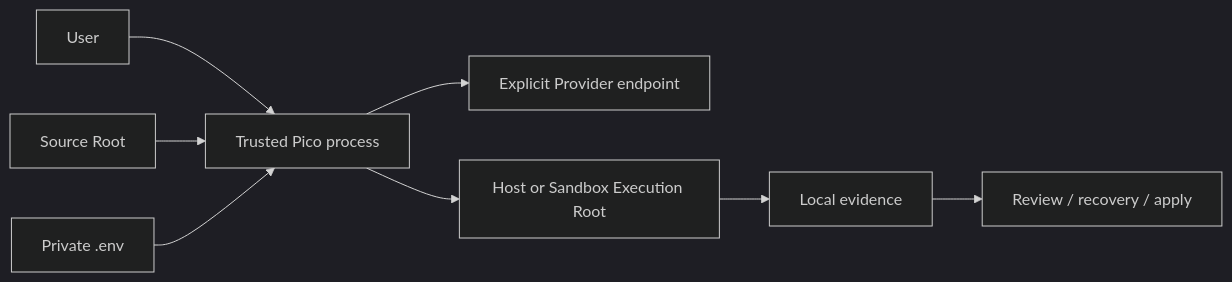
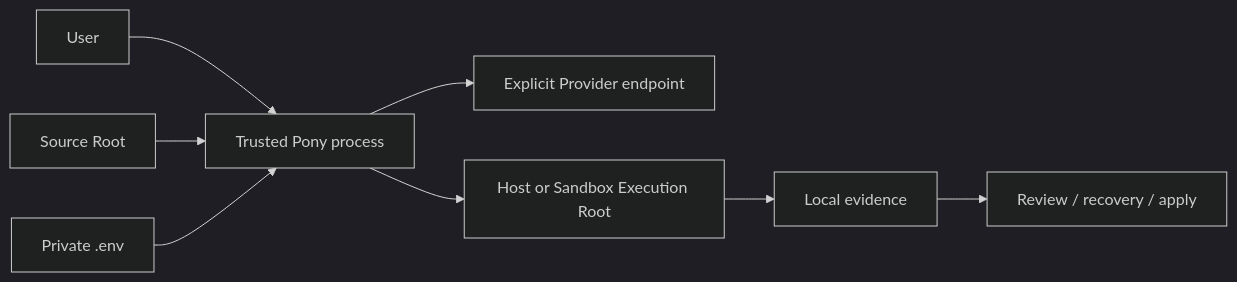
The first of 2 diagrams in docs/security.md (xiawiie/pony-code), drawn with Mermaid (dark theme) before and after one commit. The commit also changed other lines of this file and 381 other files, not shown here.

````diff
--- a/docs/security.md
+++ b/docs/security.md
@@ -8,10 +8,10 @@
 ```mermaid
 flowchart LR
-    USER["User"] --> CLI["Trusted Pico process"]
+    USER["User"] --> CLI["Trusted Pony process"]
     REPO["Source Root"] --> CLI
     ENV["Private .env"] --> CLI
     CLI --> API["Explicit Provider endpoint"]
     CLI --> EXEC["Host or Sandbox Execution Root"]
     EXEC --> EVID["Local evidence"]
     EVID --> REVIEW["Review / recovery / apply"]
 ```
````
